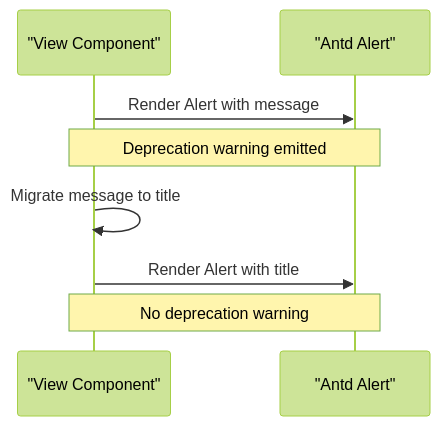
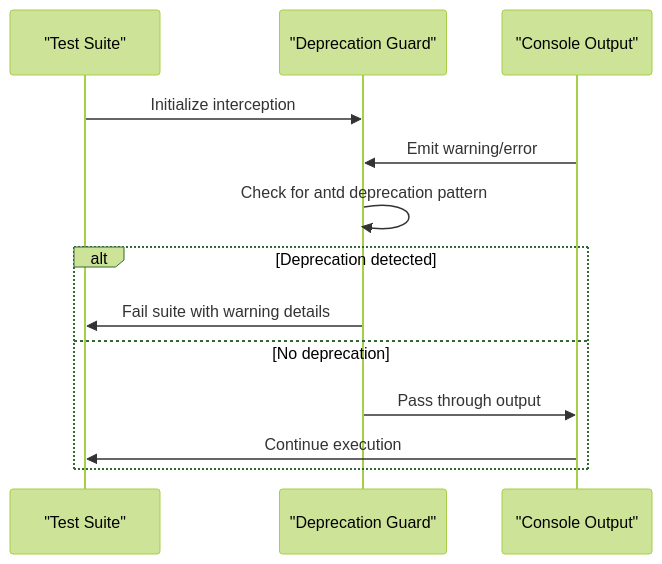
Before and after one commit to metasync/luban-aiops: the fourth of 6 diagrams in .qoder/repowiki/en/content/Architecture Documentation/SPEC-042_ Portal Dependency Hygiene Specification.md, drawn with Mermaid (forest theme). The commit also changed other lines of this file and 13 other files, not shown here.

````diff
--- a/.qoder/repowiki/en/content/Architecture Documentation/SPEC-042_ Portal Dependency Hygiene Specification.md
+++ b/.qoder/repowiki/en/content/Architecture Documentation/SPEC-042_ Portal Dependency Hygiene Specification.md
@@ -149,10 +221,15 @@
 ```mermaid
 sequenceDiagram
-participant View as "View Component"
-participant Antd as "Antd Alert"
-View->>Antd : Render Alert with message
-Note over View,Antd : Deprecation warning emitted
-View->>View : Migrate message to title
-View->>Antd : Render Alert with title
-Note over View,Antd : No deprecation warning
+participant Test as "Test Suite"
+participant Guard as "Deprecation Guard"
+participant Console as "Console Output"
+Test->>Guard : Initialize interception
+Console->>Guard : Emit warning/error
+Guard->>Guard : Check for antd deprecation pattern
+alt Deprecation detected
+Guard->>Test : Fail suite with warning details
+else No deprecation
+Guard->>Console : Pass through output
+Console->>Test : Continue execution
+end
 ```
````
